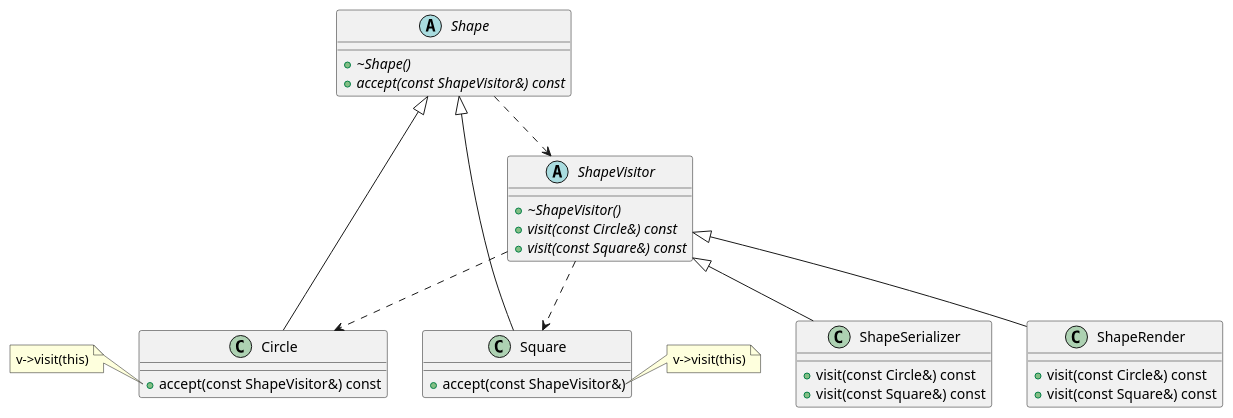
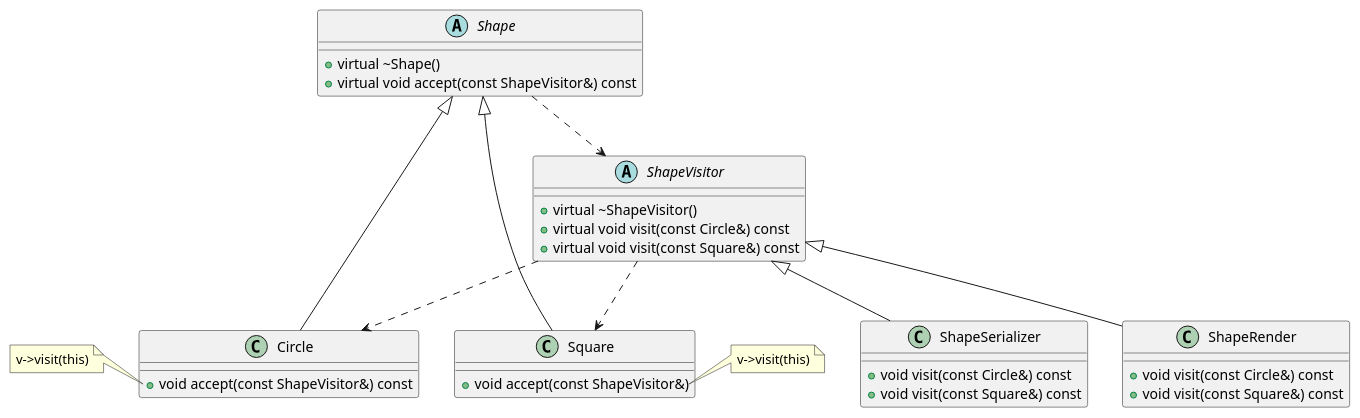
The diagram in software_design/visitor_pattern/classic_version/UML.puml (mirinta/cpp_learning), drawn with PlantUML before and after one commit.

```diff
--- a/software_design/visitor_pattern/classic_version/UML.puml
+++ b/software_design/visitor_pattern/classic_version/UML.puml
@@ -1,50 +1,50 @@
 @startuml
 
 abstract class ShapeVisitor {
-  + {abstract} ~ShapeVisitor()
-  + {abstract} visit(const Circle&) const
-  + {abstract} visit(const Square&) const
+  + virtual ~ShapeVisitor()
+  + virtual void visit(const Circle&) const
+  + virtual void visit(const Square&) const
 }
 
 abstract class Shape {
-  + {abstract} ~Shape()
-  + {abstract} accept(const ShapeVisitor&) const
+  + virtual ~Shape()
+  + virtual void accept(const ShapeVisitor&) const
 }
 
 class Circle {
-  + accept(const ShapeVisitor&) const
+  + void accept(const ShapeVisitor&) const
 }
 
 class Square {
-  + accept(const ShapeVisitor&)
+  + void accept(const ShapeVisitor&)
 }
 
 class ShapeSerializer {
-  + visit(const Circle&) const
-  + visit(const Square&) const
+  + void visit(const Circle&) const
+  + void visit(const Square&) const
 }
 
 class ShapeRender {
-  + visit(const Circle&) const
-  + visit(const Square&) const
+  + void visit(const Circle&) const
+  + void visit(const Square&) const
 }
 
 Shape <|-- Circle
 Shape <|-- Square
 
 ShapeVisitor <|-- ShapeSerializer
 ShapeVisitor <|-- ShapeRender
 
 Shape ..> ShapeVisitor
 ShapeVisitor ..> Circle
 ShapeVisitor ..> Square
 
 note left of Circle::accept
     v->visit(this)
 end note
 
 note right of Square::accept
     v->visit(this)
 end note
 
 @enduml
```
